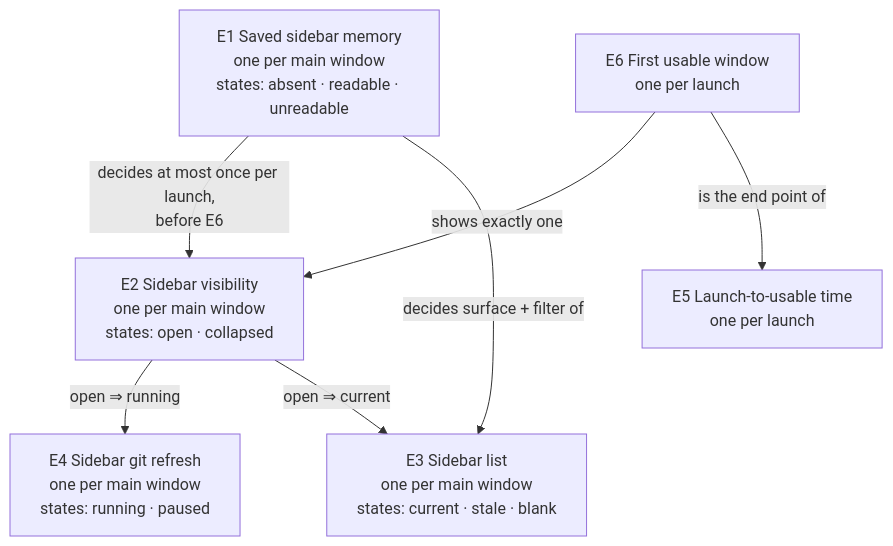
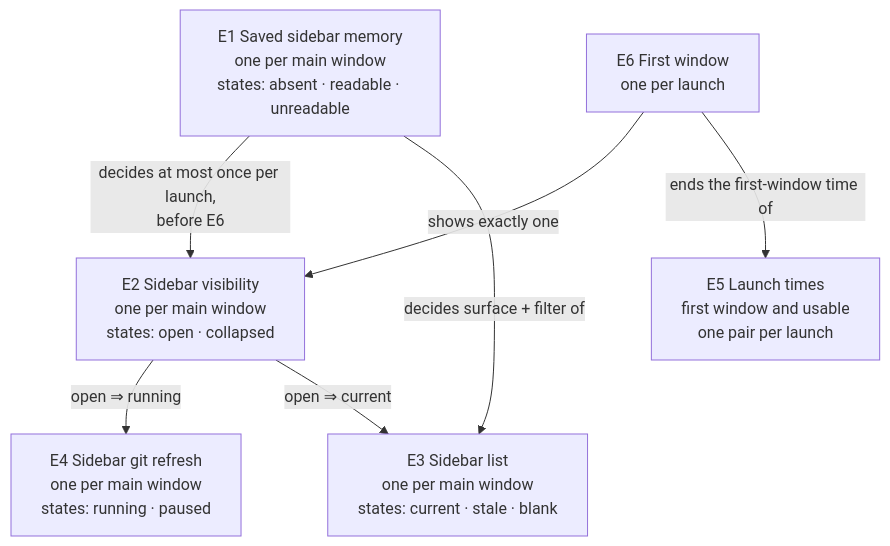
Before and after one commit to getagentstudio/agentstudio: the second of 2 diagrams in docs/specs/2026-10-12-sidebar-memory-before-presentation/2026-10-12-sidebar-memory-before-presentation.md, drawn with Mermaid. The commit also changed other lines of this file and 1 other file, not shown here.

````diff
--- a/docs/specs/2026-10-12-sidebar-memory-before-presentation/2026-10-12-sidebar-memory-before-presentation.md
+++ b/docs/specs/2026-10-12-sidebar-memory-before-presentation/2026-10-12-sidebar-memory-before-presentation.md
@@ -22,15 +22,15 @@
 ```mermaid
 flowchart TB
   E1["E1 Saved sidebar memory<br/>one per main window<br/>states: absent · readable · unreadable"]
-  E6["E6 First usable window<br/>one per launch"]
+  E6["E6 First window<br/>one per launch"]
   E2["E2 Sidebar visibility<br/>one per main window<br/>states: open · collapsed"]
   E3["E3 Sidebar list<br/>one per main window<br/>states: current · stale · blank"]
   E4["E4 Sidebar git refresh<br/>one per main window<br/>states: running · paused"]
-  E5["E5 Launch-to-usable time<br/>one per launch"]
+  E5["E5 Launch times<br/>first window and usable<br/>one pair per launch"]
   E1 -- "decides at most once per launch,<br/>before E6" --> E2
   E1 -- "decides surface + filter of" --> E3
   E6 -- "shows exactly one" --> E2
   E2 -- "open ⇒ running" --> E4
   E2 -- "open ⇒ current" --> E3
-  E6 -- "is the end point of" --> E5
+  E6 -- "ends the first-window time of" --> E5
 ```
````
